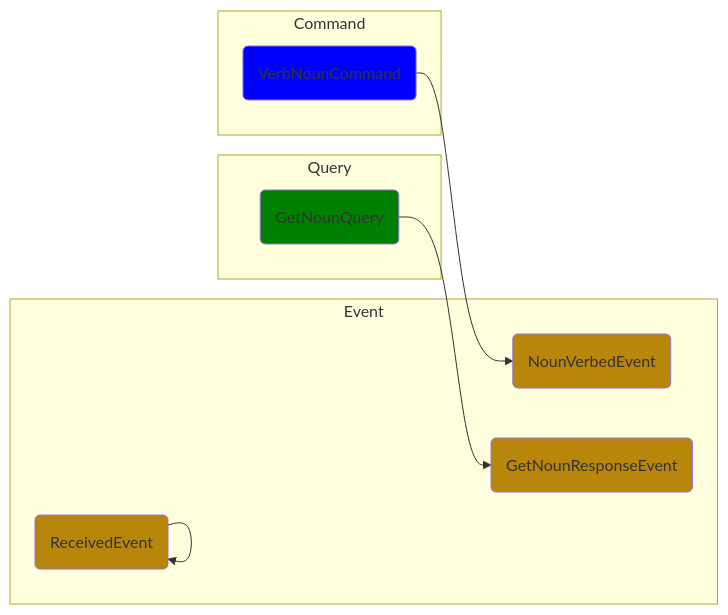
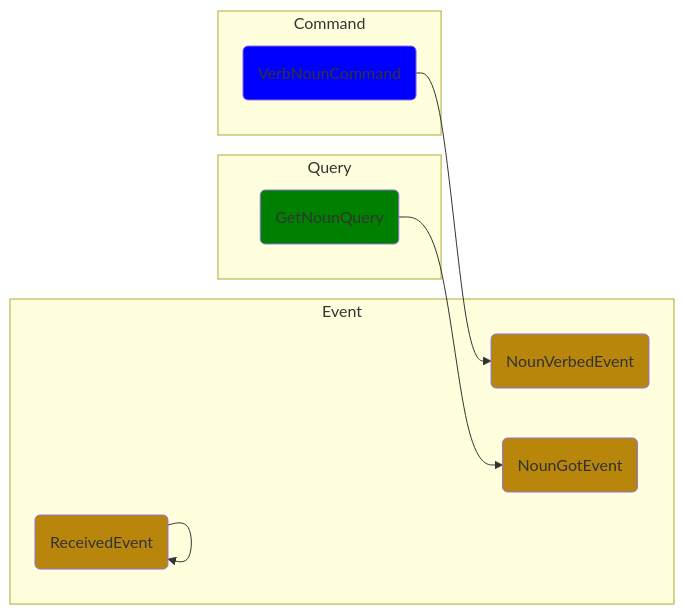
Before and after one commit to wechaty/cqrs: the first of 4 diagrams in README.md, drawn with Mermaid. The commit also changed other lines of this file, not shown here.

````diff
--- a/README.md
+++ b/README.md
@@ -64,26 +61,26 @@
 ```mermaid
 graph LR
   classDef event fill:DarkGoldenRod
   classDef command fill:blue
   classDef query fill:green
 
   subgraph Command
     C(VerbNounCommand):::command
   end
 
   subgraph Event
     ER(ReceivedEvent):::event
     EC(NounVerbedEvent):::event
-    EQ(GetNounResponseEvent):::event
+    EQ(NounGotEvent):::event
   end
 
   subgraph Query
     Q(GetNounQuery):::query
   end
 
   C-->EC
 
   ER-->ER
 
   Q-->EQ
 ```
````
